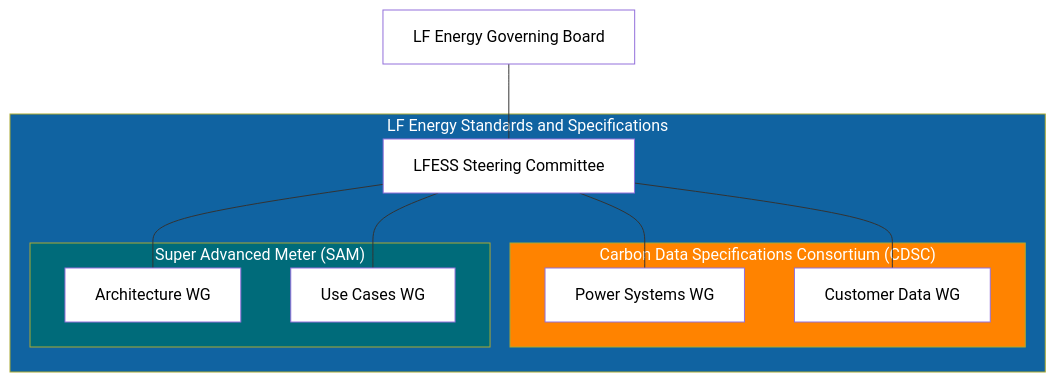
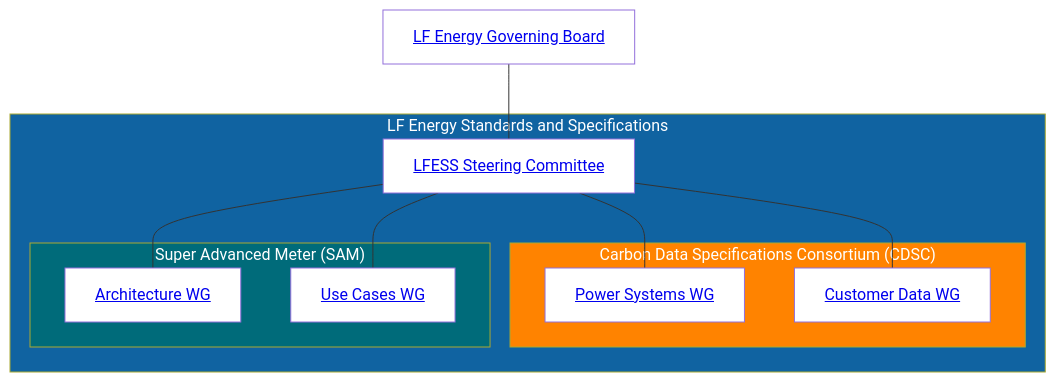
The diagram in GOVERNANCE.md (lfess/lfess-resources), drawn with Mermaid before and after one commit. The commit also changed other lines of this file, not shown here.

Commit message:
Make chart boxes links

````diff
--- a/GOVERNANCE.md
+++ b/GOVERNANCE.md
@@ -9,31 +9,31 @@
 ```mermaid
 graph TB
 style lfegb fill:white,color:black;
 style lfesssc fill:white,color:black;
-lfegb[LF Energy Governing Board]---lfesssc[LFESS Steering Committee]
+lfegb["<a href='#lf-energy-governing-board'>LF Energy Governing Board</a>"]---lfesssc["<a href='#lfess-steering-committee'>LFESS Steering Committee"]
 
 subgraph LFESS["LF Energy Standards and Specifications"]
 style LFESS fill:#1063a1,color:white,text-align:left;
 style cdscwg1 fill:white,color:black;
 style cdscwg2 fill:white,color:black;
 style samwg1 fill:white,color:black;
 style samwg2 fill:white,color:black;
 lfesssc---cdscwg1
 lfesssc---cdscwg2
 lfesssc---samwg1
 lfesssc---samwg2
 
 subgraph cdsc["Carbon Data Specifications Consortium (CDSC)"]
 style cdsc vertical-align:bottom,color:white,fill:#ff8300;
-cdscwg1[Power Systems WG]
-cdscwg2[Customer Data WG]
+cdscwg1["<a href='https://github.com/carbon-data-specification/Power-Systems-Data'>Power Systems WG</a>"]
+cdscwg2["<a href='https://github.com/carbon-data-specification/Customer-Data'>Customer Data WG</a>"]
 end
 
 subgraph sam["Super Advanced Meter (SAM)"]
 style sam vertical-align:bottom,color:white,fill:#006b7a
-samwg1[Architecture WG]
-samwg2[Use Cases WG]
+samwg1["<a href='https://github.com/super-advanced-meter/WG-Architecture'>Architecture WG</a>"]
+samwg2["<a href='https://github.com/super-advanced-meter/WG-UseCases'>Use Cases WG</a>"]
 end
 
 end
 ```
````
